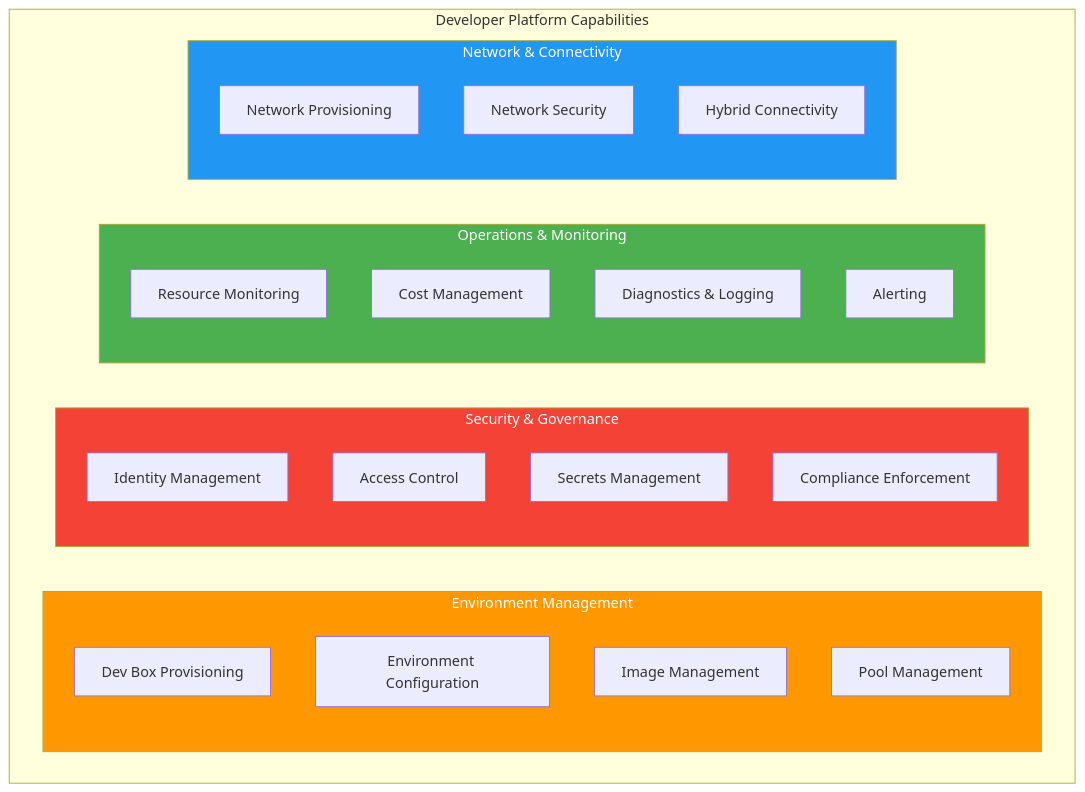
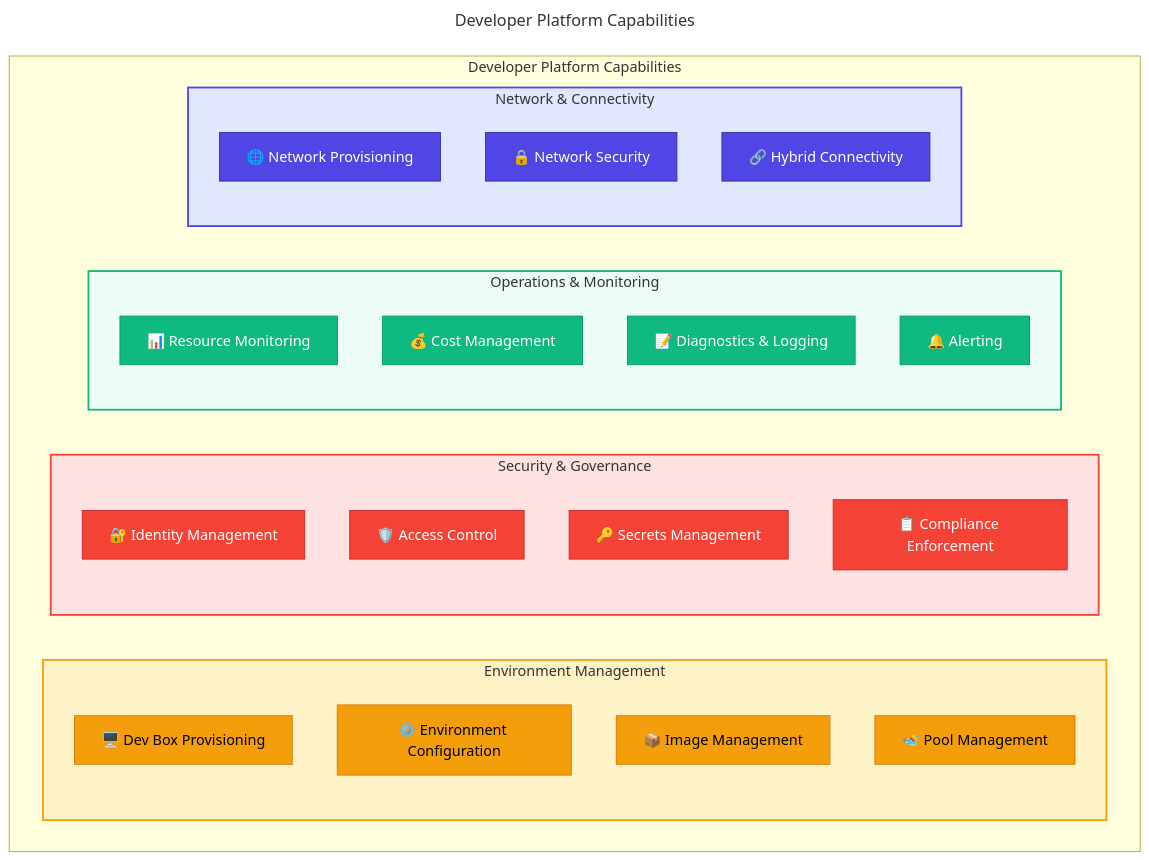
The third of 6 diagrams in docs/architecture/01-business-architecture.md (Evilazaro/DevExp-DevBox), drawn with Mermaid before and after one commit. The commit also changed other lines of this file and 2 other files, not shown here.

Commit message:
Enhance documentation for architecture files by adding titles to diagrams, improving section titles, and incorporating emojis for better clarity and navigation.

````diff
--- a/docs/architecture/01-business-architecture.md
+++ b/docs/architecture/01-business-architecture.md
@@ -209,36 +232,54 @@
 ```mermaid
+---
+title: Developer Platform Capabilities
+---
 flowchart TB
+    %% ===== ENVIRONMENT MANAGEMENT =====
     subgraph L1["Developer Platform Capabilities"]
         subgraph L2A["Environment Management"]
-            C1["Dev Box Provisioning"]
-            C2["Environment Configuration"]
-            C3["Image Management"]
-            C4["Pool Management"]
+            C1["🖥️ Dev Box Provisioning"]
+            C2["⚙️ Environment Configuration"]
+            C3["📦 Image Management"]
+            C4["🏊 Pool Management"]
         end
         
+        %% ===== SECURITY & GOVERNANCE =====
         subgraph L2B["Security & Governance"]
-            C5["Identity Management"]
-            C6["Access Control"]
-            C7["Secrets Management"]
-            C8["Compliance Enforcement"]
+            C5["🔐 Identity Management"]
+            C6["🛡️ Access Control"]
+            C7["🔑 Secrets Management"]
+            C8["📋 Compliance Enforcement"]
         end
         
+        %% ===== OPERATIONS & MONITORING =====
         subgraph L2C["Operations & Monitoring"]
-            C9["Resource Monitoring"]
-            C10["Cost Management"]
-            C11["Diagnostics & Logging"]
-            C12["Alerting"]
+            C9["📊 Resource Monitoring"]
+            C10["💰 Cost Management"]
+            C11["📝 Diagnostics & Logging"]
+            C12["🔔 Alerting"]
         end
         
+        %% ===== NETWORK & CONNECTIVITY =====
         subgraph L2D["Network & Connectivity"]
-            C13["Network Provisioning"]
-            C14["Network Security"]
-            C15["Hybrid Connectivity"]
+            C13["🌐 Network Provisioning"]
+            C14["🔒 Network Security"]
+            C15["🔗 Hybrid Connectivity"]
         end
     end
     
-    style L2A fill:#FF9800,color:#fff
-    style L2B fill:#F44336,color:#fff
-    style L2C fill:#4CAF50,color:#fff
-    style L2D fill:#2196F3,color:#fff
+    %% ===== STYLES =====
+    classDef primary fill:#4F46E5,stroke:#3730A3,color:#FFFFFF
+    classDef secondary fill:#10B981,stroke:#059669,color:#FFFFFF
+    classDef failed fill:#F44336,stroke:#C62828,color:#FFFFFF
+    classDef datastore fill:#F59E0B,stroke:#D97706,color:#000000
+    
+    class C1,C2,C3,C4 datastore
+    class C5,C6,C7,C8 failed
+    class C9,C10,C11,C12 secondary
+    class C13,C14,C15 primary
+    
+    style L2A fill:#FEF3C7,stroke:#F59E0B,stroke-width:2px
+    style L2B fill:#FEE2E2,stroke:#F44336,stroke-width:2px
+    style L2C fill:#ECFDF5,stroke:#10B981,stroke-width:2px
+    style L2D fill:#E0E7FF,stroke:#4F46E5,stroke-width:2px
 ```
````
